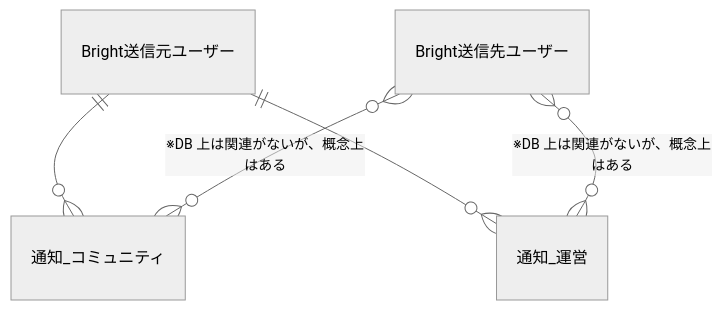
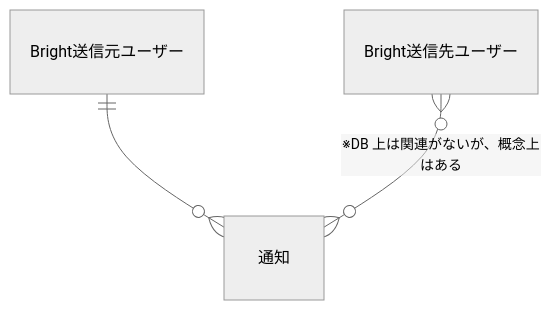
Before and after one commit to bright-org/bright: the third of 5 diagrams in docs/conceptual_schemas/notifications.md, drawn with Mermaid (neutral theme). The commit also changed other lines of this file and 15 other files, not shown here.

````diff
--- a/docs/conceptual_schemas/notifications.md
+++ b/docs/conceptual_schemas/notifications.md
@@ -80,8 +87,5 @@
 ```mermaid
 erDiagram
-  "Bright送信元ユーザー" ||--o{ "通知_コミュニティ" : ""
-  "Bright送信先ユーザー" }o--o{ "通知_コミュニティ" : "※DB 上は関連がないが、概念上はある"
-
-  "Bright送信元ユーザー" ||--o{ "通知_運営" : ""
-  "Bright送信先ユーザー" }o--o{ "通知_運営" : "※DB 上は関連がないが、概念上はある"
+  "Bright送信元ユーザー" ||--o{ "通知" : ""
+  "Bright送信先ユーザー" }o--o{ "通知" : "※DB 上は関連がないが、概念上はある"
 ```
````
